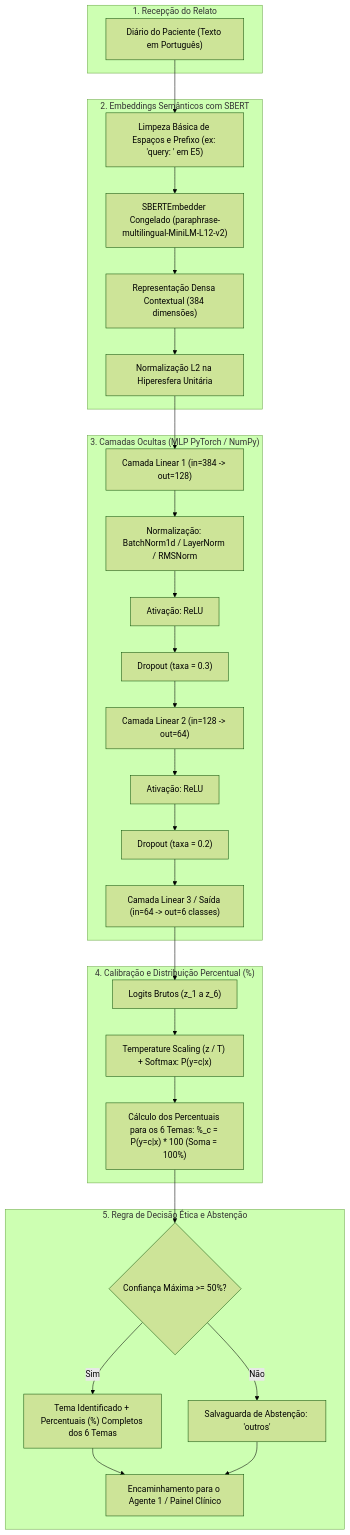
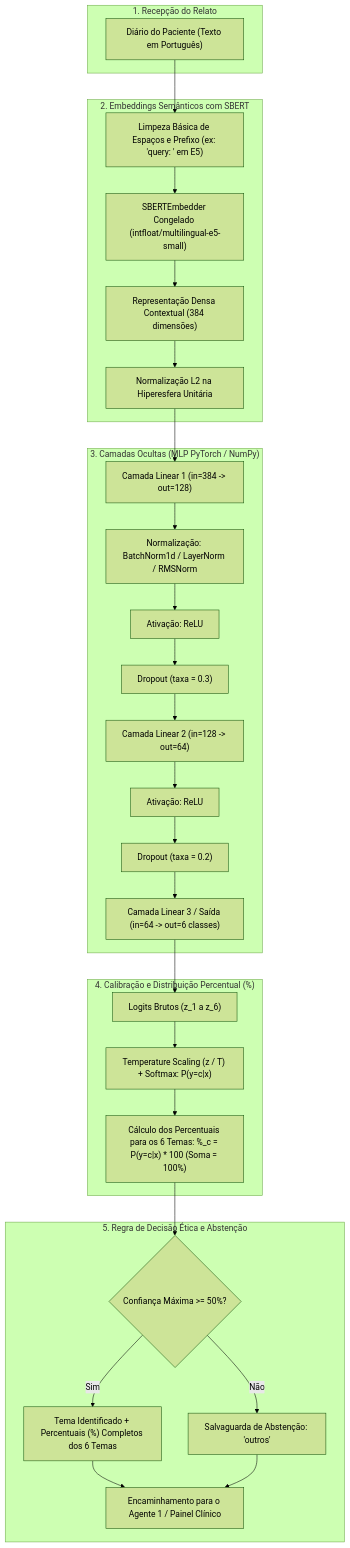
Before and after one commit to 007-Licensa-Para-Executar/challenge-2-base: the first of 3 diagrams in docs/neural-network-flow.md, drawn with Mermaid (forest theme). The commit also changed other lines of this file and 28 other files, not shown here.

````diff
--- a/docs/neural-network-flow.md
+++ b/docs/neural-network-flow.md
@@ -11,49 +11,49 @@
 ```mermaid
 flowchart TD
     subgraph Entrada["1. Recepção do Relato"]
         A["Diário do Paciente (Texto em Português)"]
     end
 
     subgraph Preprocessamento["2. Embeddings Semânticos com SBERT"]
         B["Limpeza Básica de Espaços e Prefixo (ex: 'query: ' em E5)"]
-        C["SBERTEmbedder Congelado (paraphrase-multilingual-MiniLM-L12-v2)"]
+        C["SBERTEmbedder Congelado (intfloat/multilingual-e5-small)"]
         D["Representação Densa Contextual (384 dimensões)"]
         E["Normalização L2 na Hiperesfera Unitária"]
         B --> C --> D --> E
     end
 
     subgraph RedeNeural["3. Camadas Ocultas (MLP PyTorch / NumPy)"]
         G["Camada Linear 1 (in=384 -> out=128)"]
         H["Normalização: BatchNorm1d / LayerNorm / RMSNorm"]
         I["Ativação: ReLU"]
         J["Dropout (taxa = 0.3)"]
         K["Camada Linear 2 (in=128 -> out=64)"]
         L["Ativação: ReLU"]
         M["Dropout (taxa = 0.2)"]
         N["Camada Linear 3 / Saída (in=64 -> out=6 classes)"]
 
         G --> H --> I --> J --> K --> L --> M --> N
     end
 
     subgraph PosProcessamento["4. Calibração e Distribuição Percentual (%)"]
         O["Logits Brutos (z_1 a z_6)"]
         P["Temperature Scaling (z / T) + Softmax: P(y=c|x)"]
         Q["Cálculo dos Percentuais para os 6 Temas: %_c = P(y=c|x) * 100 (Soma = 100%)"]
         O --> P --> Q
     end
 
     subgraph DecisaoClinica["5. Regra de Decisão Ética e Abstenção"]
         R{"Confiança Máxima >= 50%?"}
         S["Tema Identificado + Percentuais (%) Completos dos 6 Temas"]
         T["Salvaguarda de Abstenção: 'outros'"]
         U["Encaminhamento para o Agente 1 / Painel Clínico"]
 
         Q --> R
         R -- Sim --> S --> U
         R -- Não --> T --> U
     end
 
     A --> B
     E --> G
     N --> O
 ```
````
